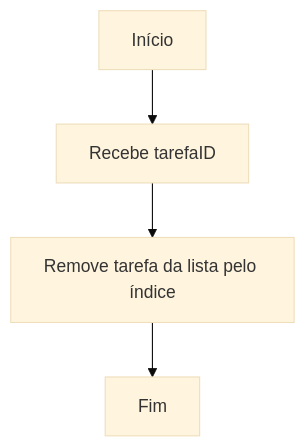
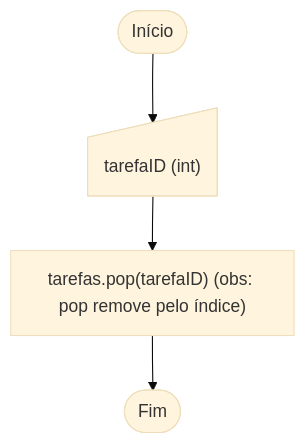
One commit to kf-martins-uel/algoritmos-crud changed the sixth of 7 diagrams in Fluxograms/README.md. Above: the diagram before and after it, drawn with Mermaid (base theme). The commit also changed other lines of this file and 1 other file, not shown here.

````diff
--- a/Fluxograms/README.md
+++ b/Fluxograms/README.md
@@ -46,6 +65,6 @@
 ```mermaid
 flowchart TD
-    A[Início] --> B[Recebe tarefaID]
-    B --> C[Remove tarefa da lista pelo índice]
-    C --> D[Fim]
+    A(["Início"]) --> Input@{shape: manual-input, label: "tarefaID (int)"}
+    Input --> B["tarefas.pop(tarefaID) (obs: pop remove pelo índice)"]
+    B --> C(["Fim"])
 ```
````
